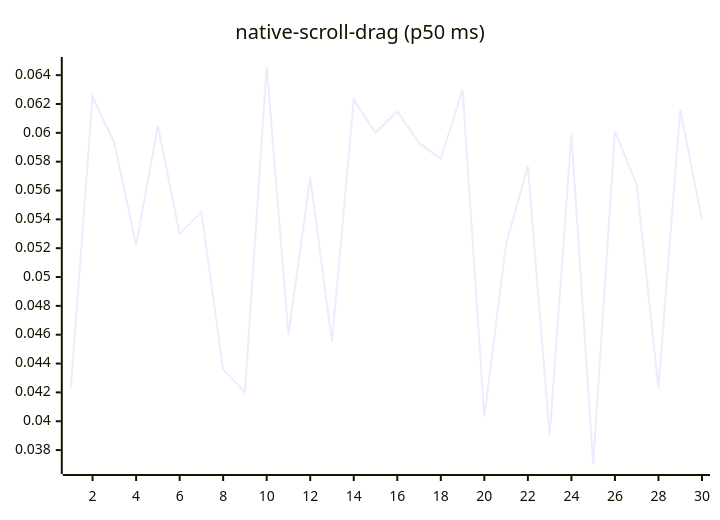
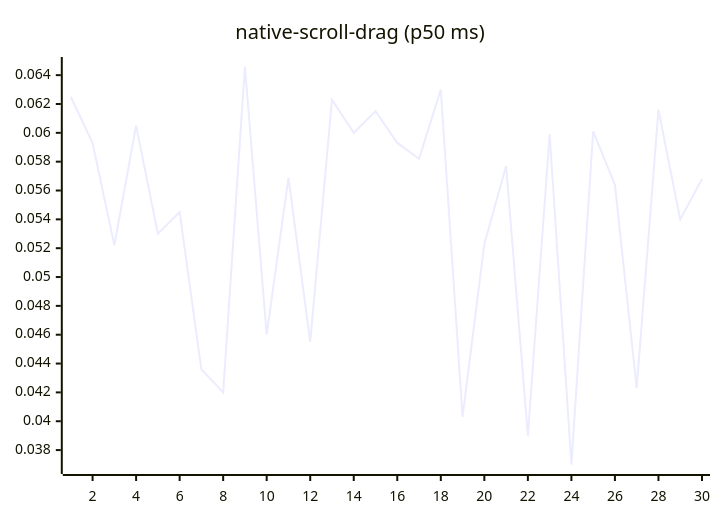
Before and after one commit to josha/Facet: diagram 14 of 27 in README.md, drawn with Mermaid. The commit also changed other lines of this file and 2 other files, not shown here.

````diff
--- a/README.md
+++ b/README.md
@@ -154,6 +154,6 @@
 ```mermaid
 xychart-beta
     title "native-scroll-drag (p50 ms)"
     x-axis 1 --> 30
-    line [0.0423, 0.0625, 0.0593, 0.0522, 0.0605, 0.0530, 0.0545, 0.0436, 0.0420, 0.0646, 0.0460, 0.0569, 0.0455, 0.0623, 0.0600, 0.0615, 0.0593, 0.0582, 0.0630, 0.0403, 0.0523, 0.0577, 0.0390, 0.0599, 0.0370, 0.0601, 0.0564, 0.0423, 0.0616, 0.0540]
+    line [0.0625, 0.0593, 0.0522, 0.0605, 0.0530, 0.0545, 0.0436, 0.0420, 0.0646, 0.0460, 0.0569, 0.0455, 0.0623, 0.0600, 0.0615, 0.0593, 0.0582, 0.0630, 0.0403, 0.0523, 0.0577, 0.0390, 0.0599, 0.0370, 0.0601, 0.0564, 0.0423, 0.0616, 0.0540, 0.0568]
 ```
````
